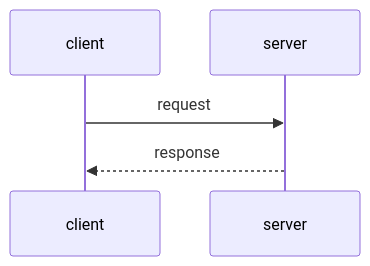
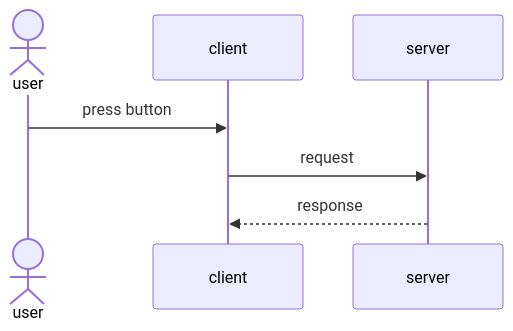
Before and after one commit to zaki-lknr/docs: the diagram in docs/Misc/mermaid.md, drawn with Mermaid. The commit also changed other lines of this file, not shown here.

Commit message:
add: misc/mermaid: actor / participant

````diff
--- a/docs/Misc/mermaid.md
+++ b/docs/Misc/mermaid.md
@@ -19,7 +19,9 @@
 ```mermaid
 sequenceDiagram
+    actor user
     participant client
     participant server
+    user ->> client: press button
     client ->> server: request
     server -->> client: response
 ```
````
